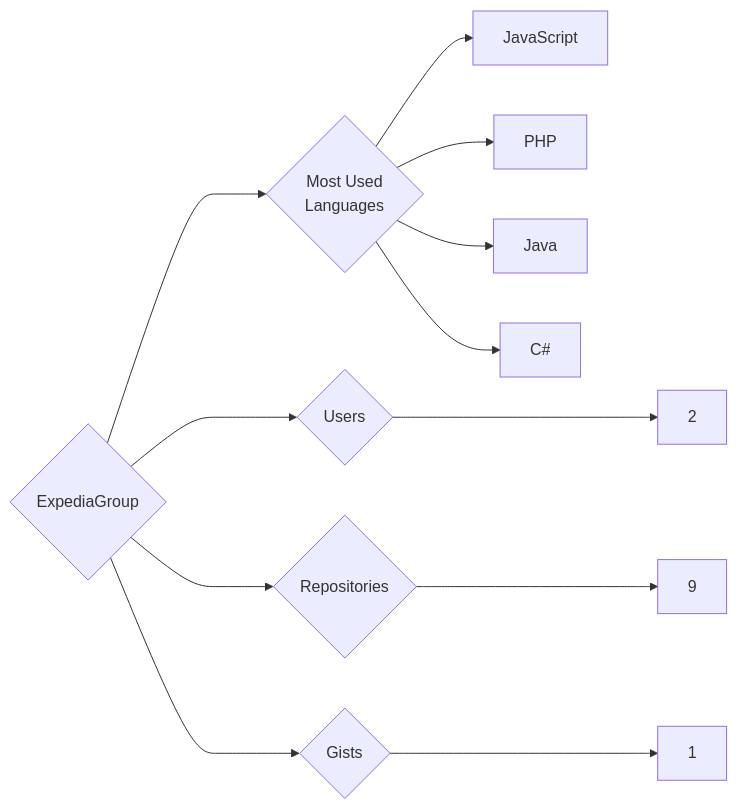
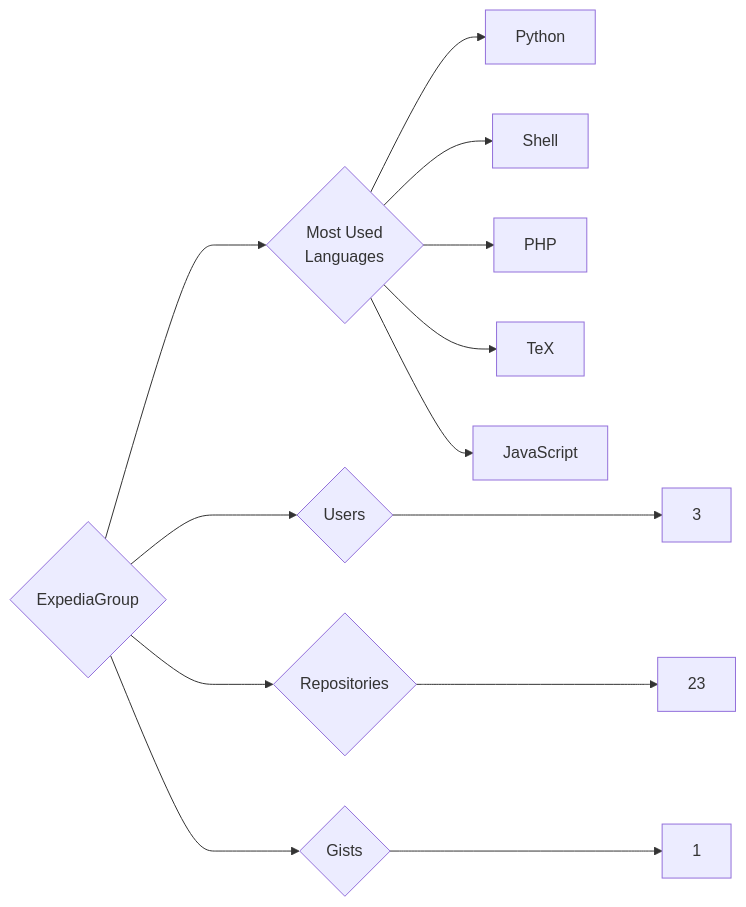
Before and after one commit to trickest/insiders: the diagram in targets/ExpediaGroup/README.md, drawn with Mermaid. The commit also changed 1212 other files, not shown here.

````diff
--- a/targets/ExpediaGroup/README.md
+++ b/targets/ExpediaGroup/README.md
@@ -3,12 +3,13 @@
 ```mermaid
 graph LR
 COMPANY_NAME{ExpediaGroup}
-COMPANY_NAME ---> U{Users} ---> UN[2]
-COMPANY_NAME ---> R{Repositories} ---> RN[9]
+COMPANY_NAME ---> U{Users} ---> UN[3]
+COMPANY_NAME ---> R{Repositories} ---> RN[23]
 COMPANY_NAME ---> G{Gists} ---> GN[1]
 COMPANY_NAME ---> ML{Most Used<br>Languages}
+ML --> Python[Python]
+ML --> Shell[Shell]
+ML --> PHP[PHP]
+ML --> TeX[TeX]
 ML --> JavaScript[JavaScript]
-ML --> PHP[PHP]
-ML --> Java[Java]
-ML --> C#[C#]
 ```
````
